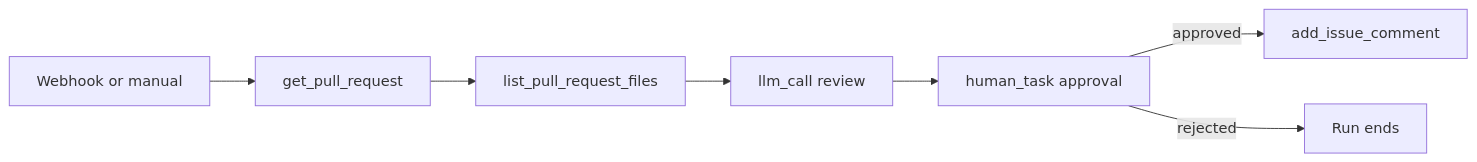
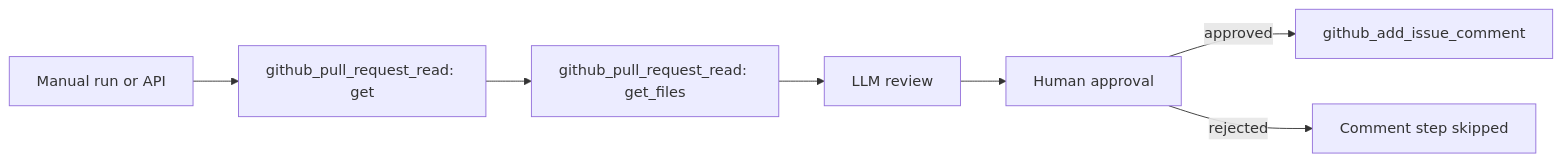
The diagram in guides/github-pr-review.mdx (agentruntime-io/agentruntime-docs), drawn with Mermaid before and after one commit. The commit also changed other lines of this file and 180 other files, not shown here.

````diff
--- a/guides/github-pr-review.mdx
+++ b/guides/github-pr-review.mdx
@@ -10,9 +10,9 @@
 ```mermaid
 flowchart LR
-  Trigger[Webhook or manual] --> GetPR[get_pull_request]
-  GetPR --> Files[list_pull_request_files]
-  Files --> LLM[llm_call review]
-  LLM --> Human[human_task approval]
-  Human -->|approved| Comment[add_issue_comment]
-  Human -->|rejected| End[Run ends]
+  Start[Manual run or API] --> GetPR[github_pull_request_read: get]
+  GetPR --> Files[github_pull_request_read: get_files]
+  Files --> LLM[LLM review]
+  LLM --> Human[Human approval]
+  Human -->|approved| Comment[github_add_issue_comment]
+  Human -->|rejected| End[Comment step skipped]
 ```
````
